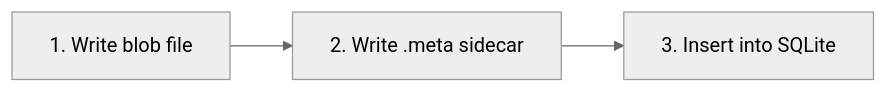
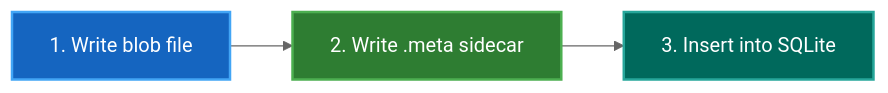
Before and after one commit to dxc-technology/arca: the fifth of 5 diagrams in documentation/docs/reference/architecture.md, drawn with Mermaid (neutral theme). The commit also changed other lines of this file and 26 other files, not shown here.

First line of the commit message:
Fix Mermaid diagram contrast in light/dark themes

````diff
--- a/documentation/docs/reference/architecture.md
+++ b/documentation/docs/reference/architecture.md
@@ -298,4 +322,8 @@
 ```mermaid
 flowchart LR
     A[1. Write blob file] --> B[2. Write .meta sidecar] --> C[3. Insert into SQLite]
+
+    style A fill:#1565c0,stroke:#42a5f5,stroke-width:2px,color:#fff
+    style B fill:#2e7d32,stroke:#4caf50,stroke-width:2px,color:#fff
+    style C fill:#00695c,stroke:#26a69a,stroke-width:2px,color:#fff
 ```
````
